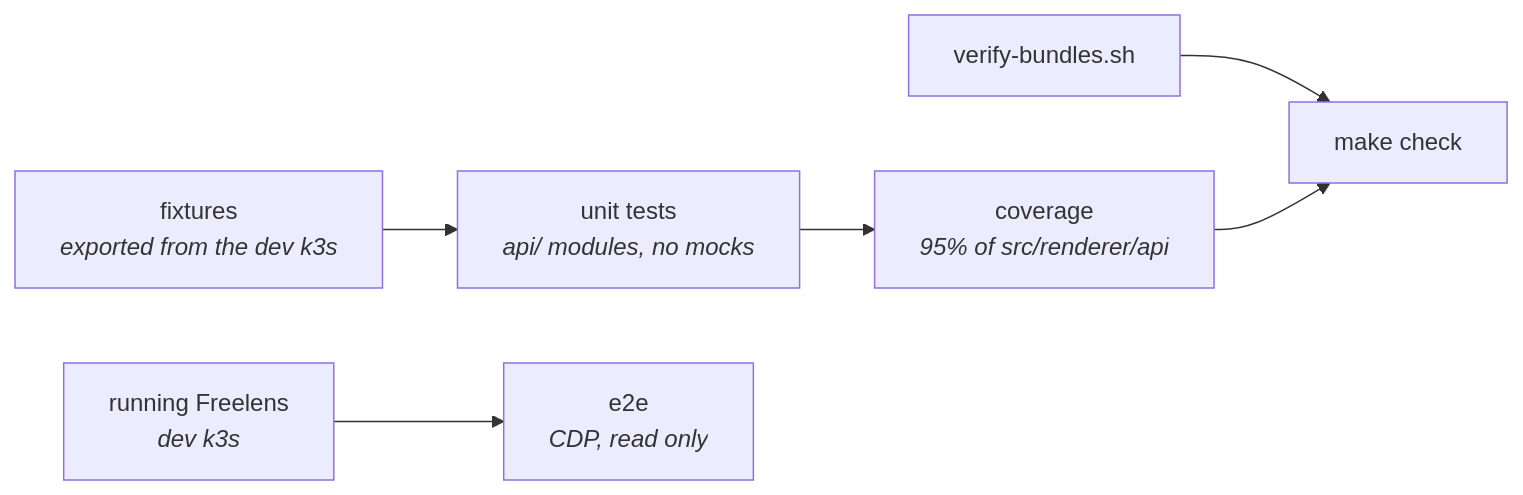
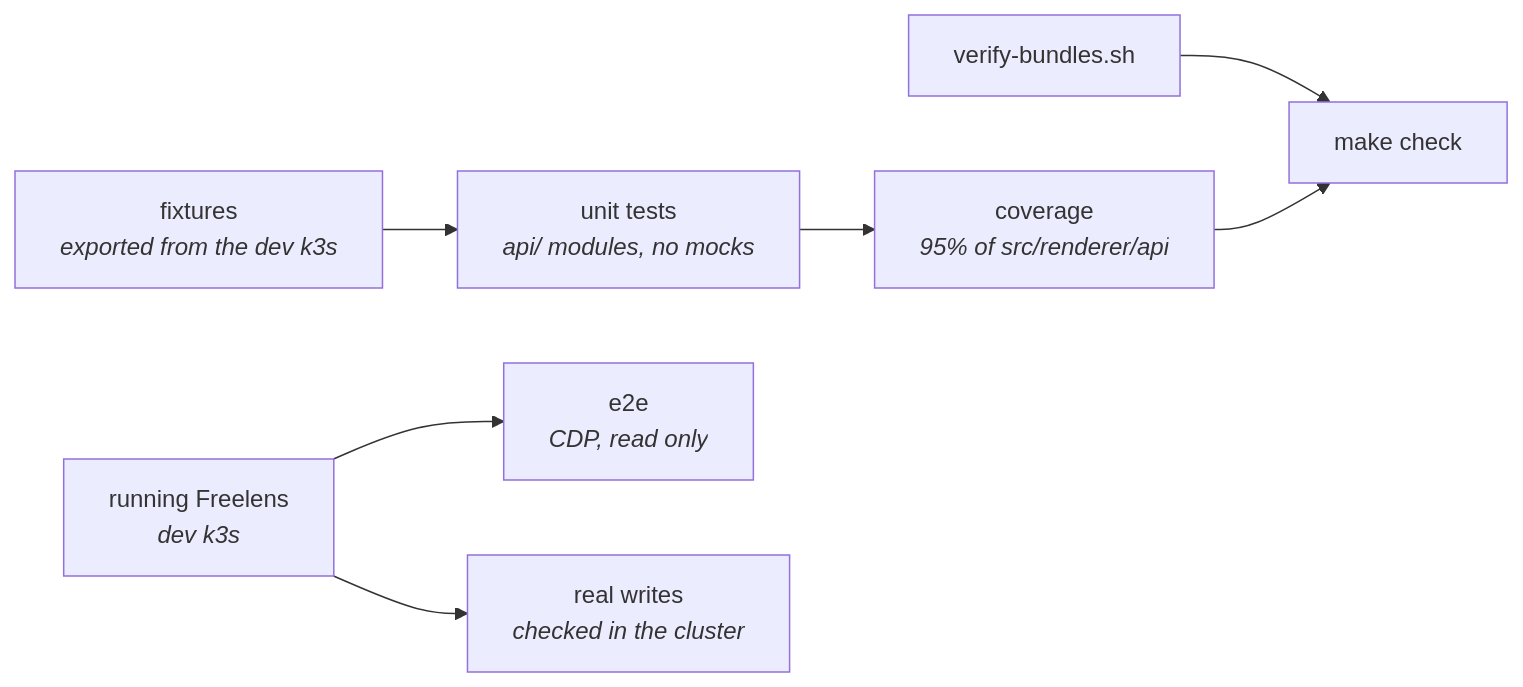
One commit to DiegoBulhoes/freelens-addons changed the first of 2 diagrams in docs/testing.md. Above: the diagram before and after it, drawn with Mermaid. The commit also changed other lines of this file and 12 other files, not shown here.

````diff
--- a/docs/testing.md
+++ b/docs/testing.md
@@ -19,8 +21,9 @@
 ```mermaid
 flowchart LR
   F["fixtures<br/><i>exported from the dev k3s</i>"] --> U["unit tests<br/><i>api/ modules, no mocks</i>"]
   U --> C["coverage<br/><i>95% of src/renderer/api</i>"]
   W["running Freelens<br/><i>dev k3s</i>"] --> E["e2e<br/><i>CDP, read only</i>"]
+  W --> R["real writes<br/><i>checked in the cluster</i>"]
   B["verify-bundles.sh"] --> X["make check"]
   C --> X
 ```
````
